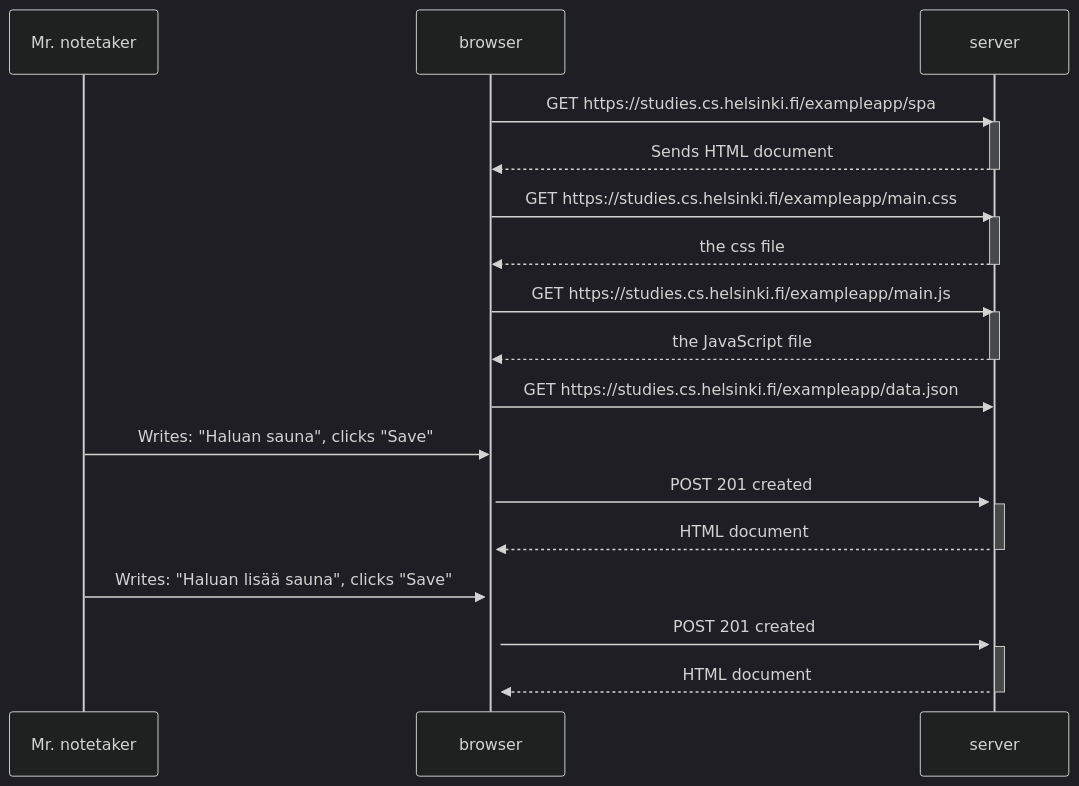
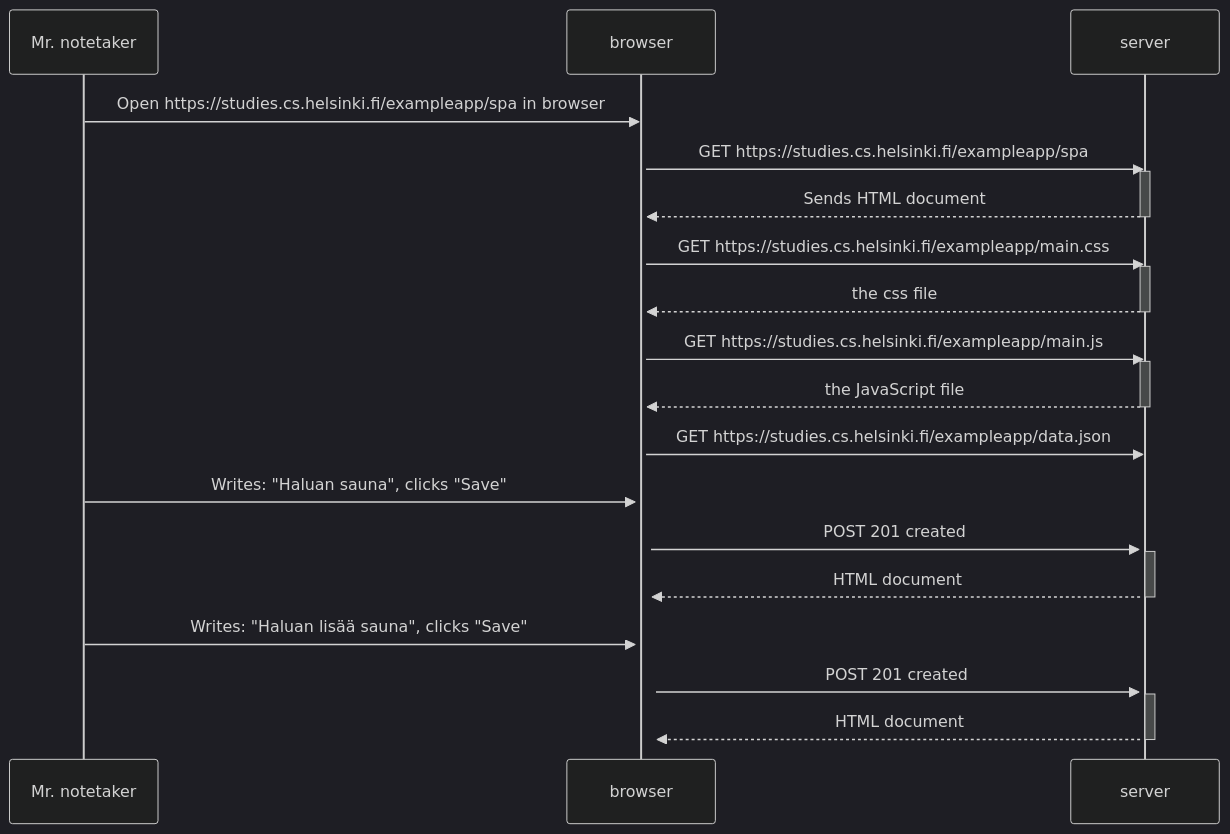
One commit to haavardmk/fullstackopen changed the diagram in part0/0.5 diagram.md. Above: the diagram before and after it, drawn with Mermaid (dark theme).

Commit message:
Update 0.5 diagram.md

````diff
--- a/part0/0.5 diagram.md
+++ b/part0/0.5 diagram.md
@@ -1,41 +1,44 @@
 ```mermaid
 sequenceDiagram
     participant Mr. notetaker
     participant browser
     participant server
+
+    Mr. notetaker->>browser: Open https://studies.cs.helsinki.fi/exampleapp/spa in browser
+    activate browser
 
     browser->>server: GET https://studies.cs.helsinki.fi/exampleapp/spa
     activate server
     server-->>browser: Sends HTML document
     deactivate server
 
     browser->>server: GET https://studies.cs.helsinki.fi/exampleapp/main.css
     activate server
     server-->>browser: the css file
     deactivate server
 
     browser->>server: GET https://studies.cs.helsinki.fi/exampleapp/main.js
     activate server
     server-->>browser: the JavaScript file
     deactivate server
 
     browser->>server: GET https://studies.cs.helsinki.fi/exampleapp/data.json
     activate server
 
     Mr. notetaker->>browser: Writes: "Haluan sauna", clicks "Save"
     activate browser
     browser->>server: POST 201 created
     activate server
     server-->>browser: HTML document
     deactivate server
 
     Mr. notetaker->>browser: Writes: "Haluan lisää sauna", clicks "Save"
     activate browser
     browser->>server: POST 201 created
     activate server
     server-->>browser: HTML document
     deactivate server
 
 
 
 ```
````
